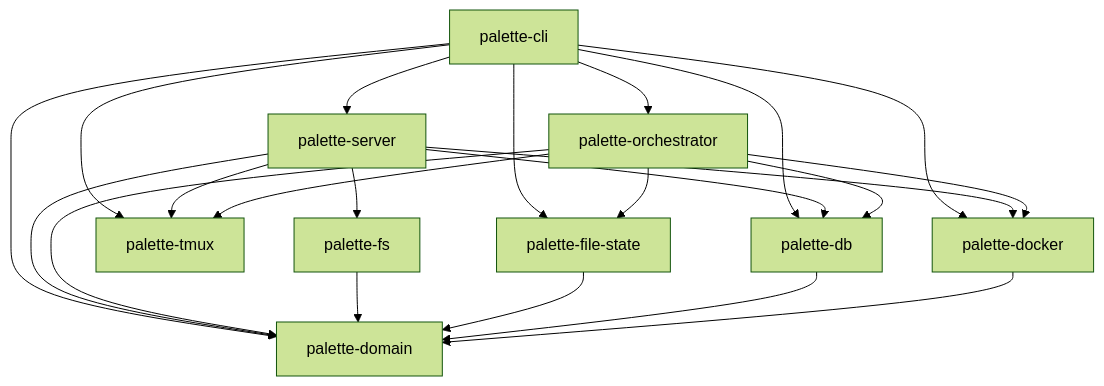
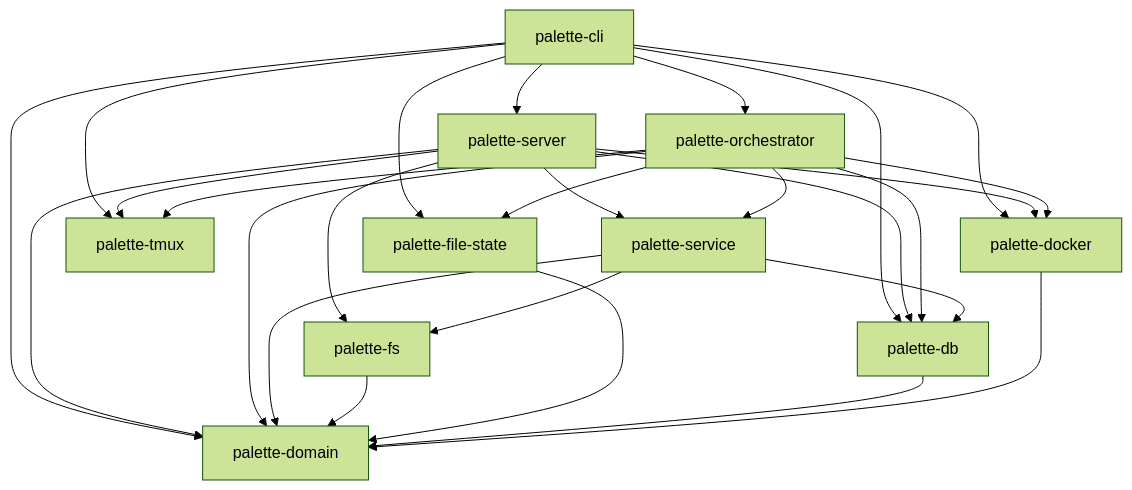
The diagram in docs/guides/palette-design.md (x7c1/palette), drawn with Mermaid (forest theme) before and after one commit. The commit also changed other lines of this file and 29 other files, not shown here.

````diff
--- a/docs/guides/palette-design.md
+++ b/docs/guides/palette-design.md
@@ -17,27 +18,33 @@
 ```mermaid
 graph TD
     cli[palette-cli] --> server[palette-server]
     cli --> orch[palette-orchestrator]
     cli --> docker[palette-docker]
     cli --> file[palette-file-state]
     cli --> db[palette-db]
     cli --> domain[palette-domain]
     cli --> tmux[palette-tmux]
 
     server --> db
     server --> docker
     server --> domain
     server --> fs[palette-fs]
+    server --> service[palette-service]
     server --> tmux
 
     orch --> db
     orch --> docker
     orch --> domain
     orch --> file
+    orch --> service
     orch --> tmux
+
+    service --> db
+    service --> domain
+    service --> fs
 
     fs --> domain
     file --> domain
     db --> domain
     docker --> domain
 ```
````
